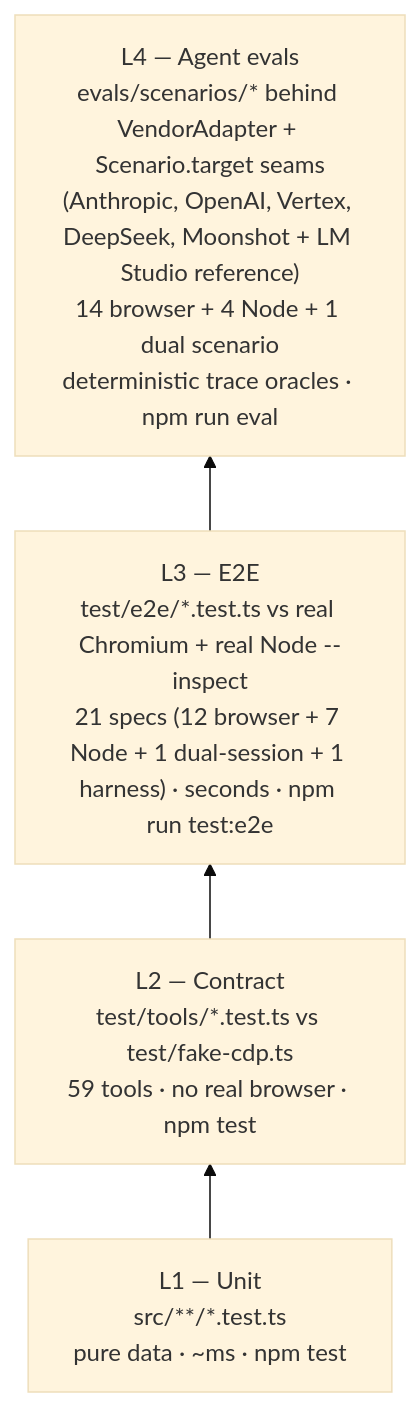
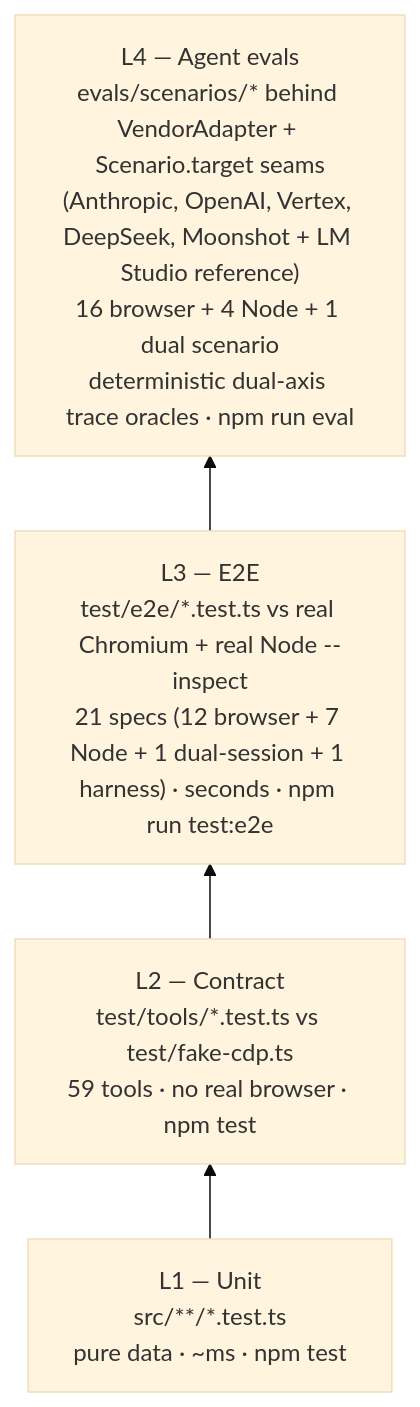
Before and after one commit to lcjanke2020/lynceus: the sixth of 6 diagrams in docs/ARCHITECTURE.md, drawn with Mermaid (base theme). The commit also changed other lines of this file and 23 other files, not shown here.

Commit message:
test+eval: add React inspection scenarios

````diff
--- a/docs/ARCHITECTURE.md
+++ b/docs/ARCHITECTURE.md
@@ -202,8 +202,8 @@
 ```mermaid
 flowchart BT
     L1["L1 — Unit<br/>src/**/*.test.ts<br/>pure data · ~ms · npm test"]
     L2["L2 — Contract<br/>test/tools/*.test.ts vs test/fake-cdp.ts<br/>59 tools · no real browser · npm test"]
     L3["L3 — E2E<br/>test/e2e/*.test.ts vs real Chromium + real Node --inspect<br/>21 specs (12 browser + 7 Node + 1 dual-session + 1 harness) · seconds · npm run test:e2e"]
-    L4["L4 — Agent evals<br/>evals/scenarios/* behind VendorAdapter + Scenario.target seams<br/>(Anthropic, OpenAI, Vertex, DeepSeek, Moonshot + LM Studio reference)<br/>14 browser + 4 Node + 1 dual scenario<br/>deterministic trace oracles · npm run eval"]
+    L4["L4 — Agent evals<br/>evals/scenarios/* behind VendorAdapter + Scenario.target seams<br/>(Anthropic, OpenAI, Vertex, DeepSeek, Moonshot + LM Studio reference)<br/>16 browser + 4 Node + 1 dual scenario<br/>deterministic dual-axis trace oracles · npm run eval"]
     L1 --> L2 --> L3 --> L4
 ```
````
